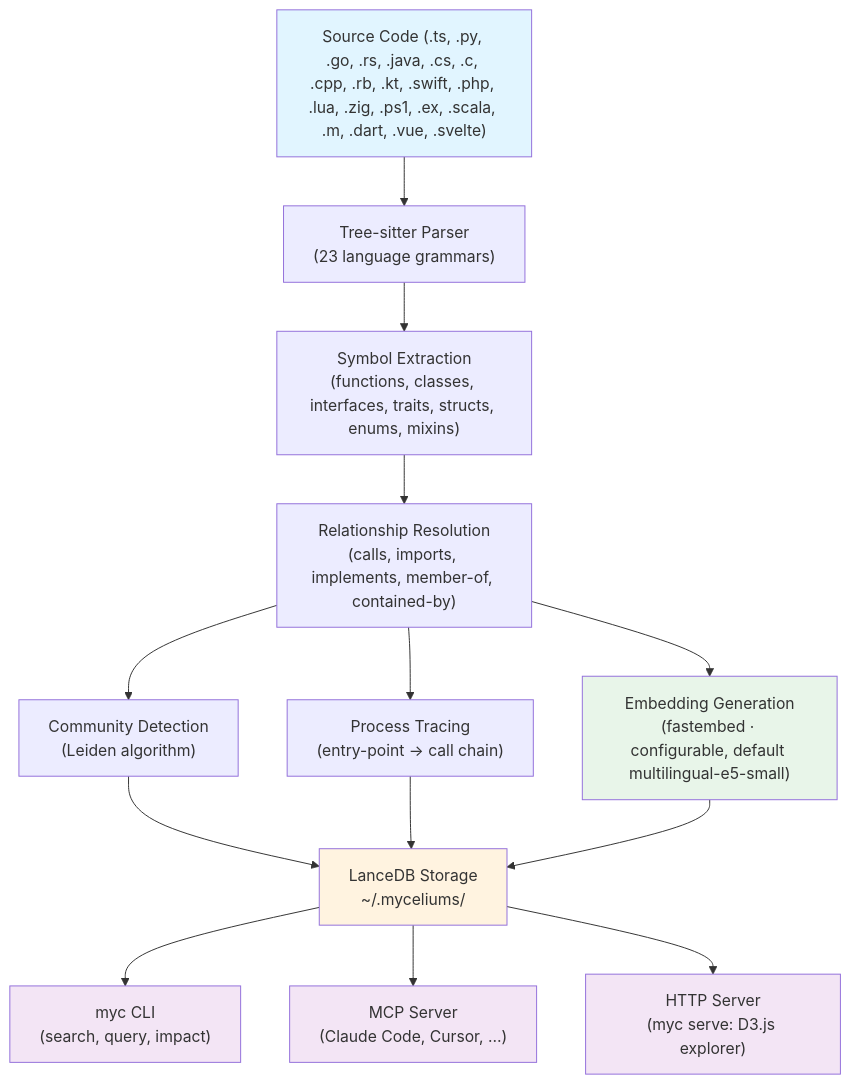
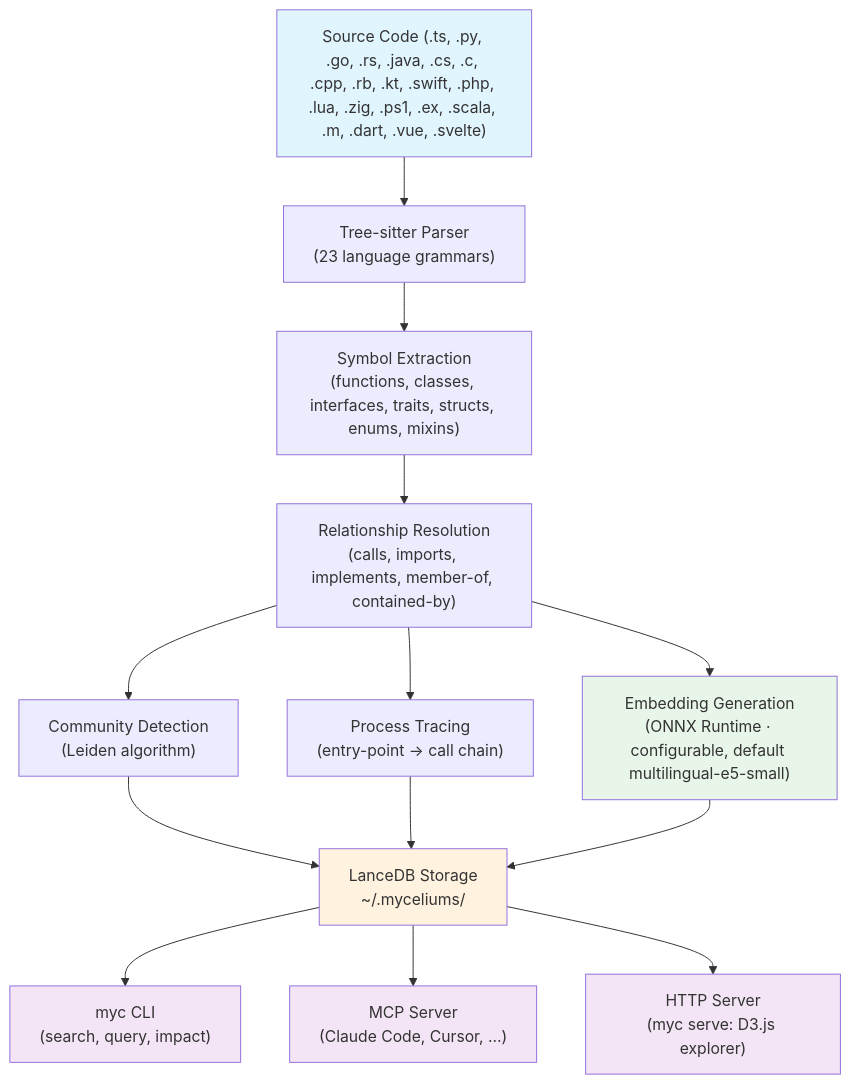
Before and after one commit to marcmantei/myceliums: the diagram in README.md, drawn with Mermaid. The commit also changed other lines of this file and 10 other files, not shown here.

Commit message:
docs: measured embedding results, model table, chunking opt-in and the decision to keep multilingual-e5-small (#157)

````diff
--- a/README.md
+++ b/README.md
@@ -550,29 +565,29 @@
 ```mermaid
 graph TD
     A["Source Code (.ts, .py, .go, .rs, .java, .cs, .c, .cpp, .rb, .kt, .swift, .php, .lua, .zig, .ps1, .ex, .scala, .m, .dart, .vue, .svelte)"]
     
     A --> B["Tree-sitter Parser<br/>(23 language grammars)"]
     
     B --> C["Symbol Extraction<br/>(functions, classes, interfaces, traits, structs, enums, mixins)"]
     
     C --> D["Relationship Resolution<br/>(calls, imports, implements, member-of, contained-by)"]
     
     D --> E["Community Detection<br/>(Leiden algorithm)"]
     D --> F["Process Tracing<br/>(entry-point → call chain)"]
-    D --> K["Embedding Generation<br/>(fastembed · configurable, default multilingual-e5-small)"]
+    D --> K["Embedding Generation<br/>(ONNX Runtime · configurable, default multilingual-e5-small)"]
     
     E --> G["LanceDB Storage<br/>~/.myceliums/"]
     F --> G
     K --> G
     
     G --> H["myc CLI<br/>(search, query, impact)"]
     G --> I["MCP Server<br/>(Claude Code, Cursor, …)"]
     G --> J["HTTP Server<br/>(myc serve: D3.js explorer)"]
     
     style A fill:#e1f5ff
     style G fill:#fff3e0
     style H fill:#f3e5f5
     style I fill:#f3e5f5
     style J fill:#f3e5f5
     style K fill:#e8f5e9
 ```
````
